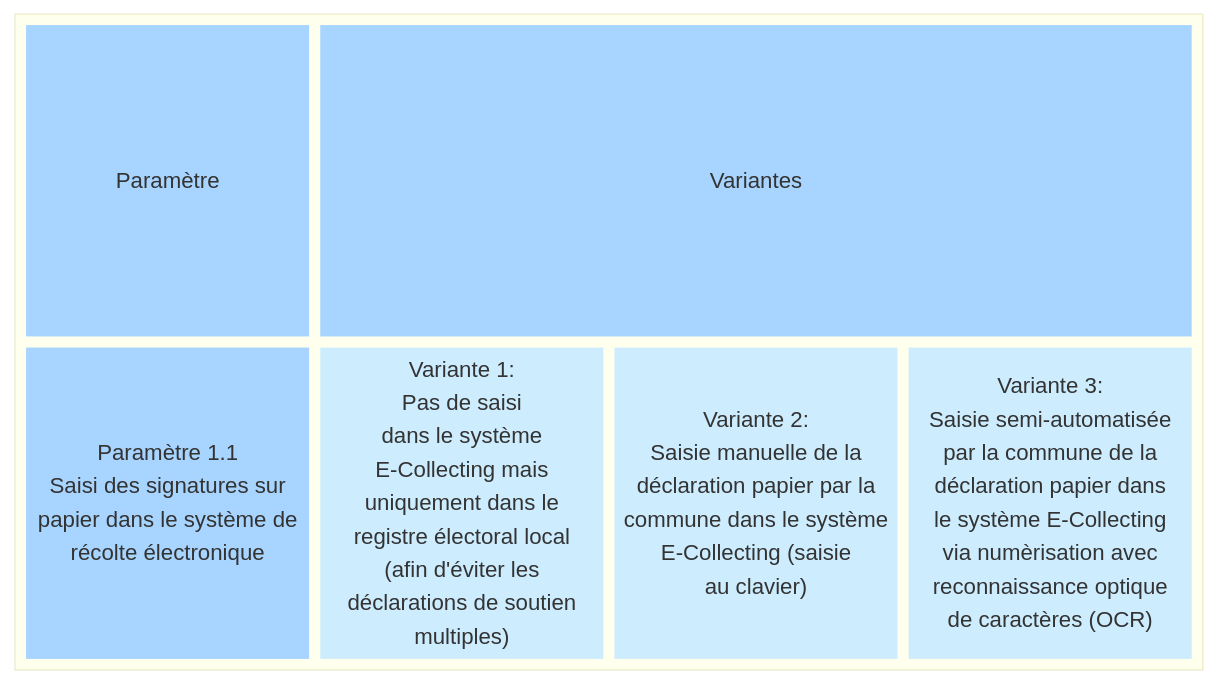
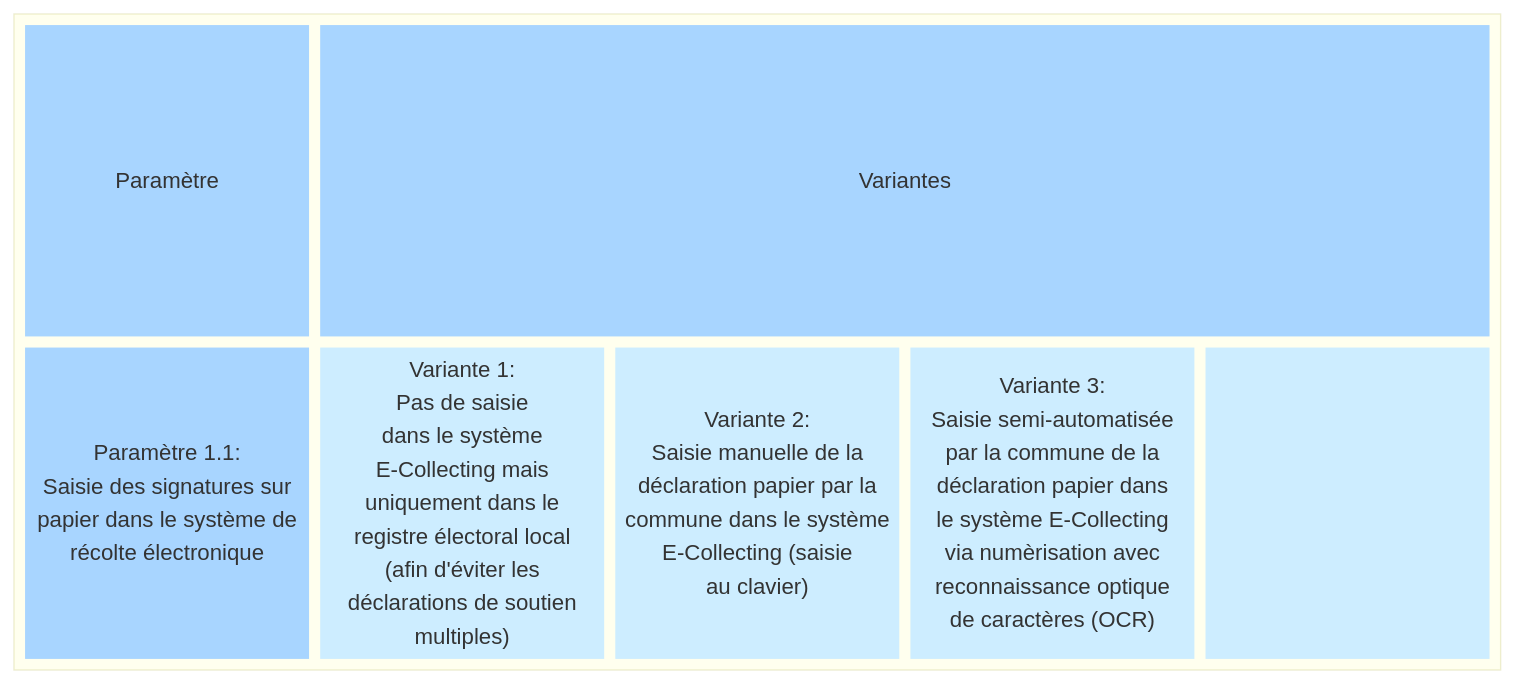
One commit to swiss/e-collecting changed the first of 2 diagrams in docs/morphological-box/parameter-1-1.md. Above: the diagram before and after it, drawn with Mermaid. The commit also changed other lines of this file and 6 other files, not shown here.

Commit message:
docs: transform graphic representation of parameters to mermaid, various parameters

````diff
--- a/docs/morphological-box/parameter-1-1.md
+++ b/docs/morphological-box/parameter-1-1.md
@@ -15,41 +15,43 @@
 ```mermaid
 block
   block
-    columns 4
+    columns 5
     t1["Paramètre"]
-    t2["Variantes"]:3
-    d["Paramètre 1.1
-      Saisi des signatures sur
+    t2["Variantes"]:4
+    d["Paramètre 1.1:
+      Saisie des signatures sur
       papier dans le système de
       récolte électronique"]
     a1["Variante 1:
-      Pas de saisi
+      Pas de saisie
       dans le système
       E-Collecting mais
       uniquement dans le
       registre électoral local
       (afin d'éviter les
       déclarations de soutien
       multiples)"]
     a2["Variante 2:
       Saisie manuelle de la
       déclaration papier par la
       commune dans le système
       E-Collecting (saisie 
       au clavier)"]
     a3["Variante 3:
       Saisie semi-automatisée
       par la commune de la
       déclaration papier dans
       le système E-Collecting
       via numèrisation avec
       reconnaissance optique
       de caractères (OCR)"]
+    a4["&nbsp;"]
     style t1 fill:#a8d5ff,stroke-width:0px
     style t2 fill:#a8d5ff,stroke-width:0px
     style d fill:#a8d5ff,stroke-width:0px,text-valign:top
     style a1 fill:#cdedff,stroke-width:0px
     style a2 fill:#cdedff,stroke-width:0px
     style a3 fill:#cdedff,stroke-width:0px
+    style a4 fill:#cdedff,stroke-width:0px
   end
 ```
````
